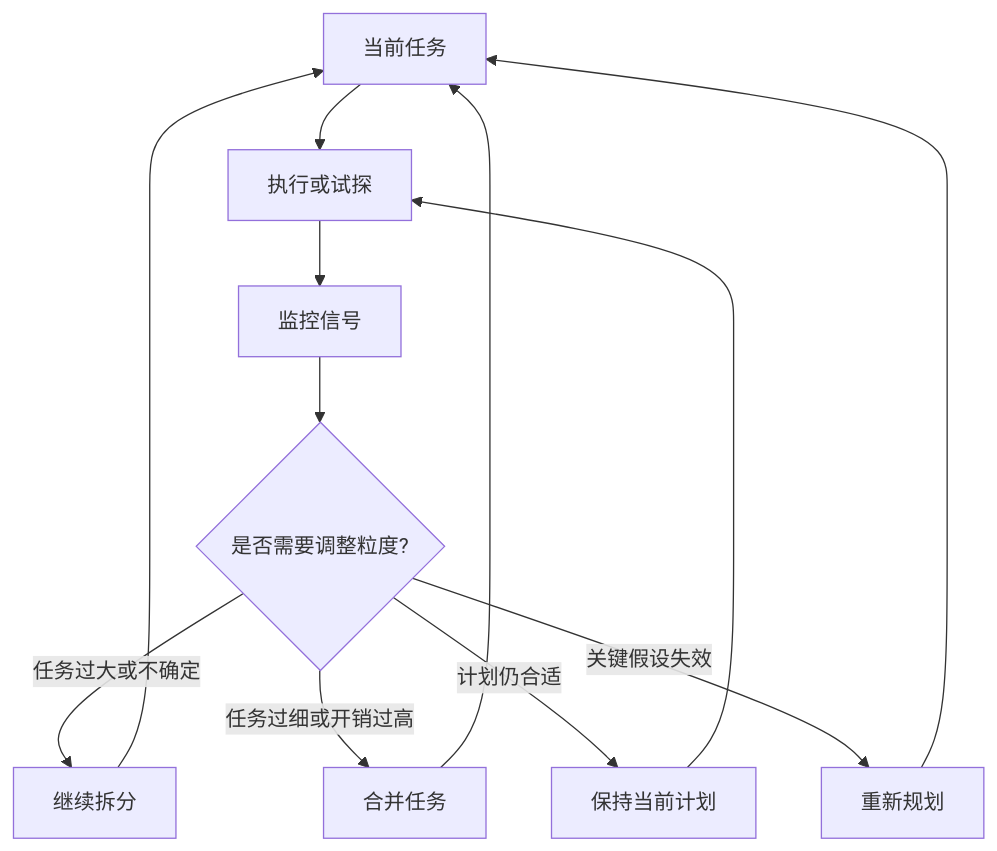
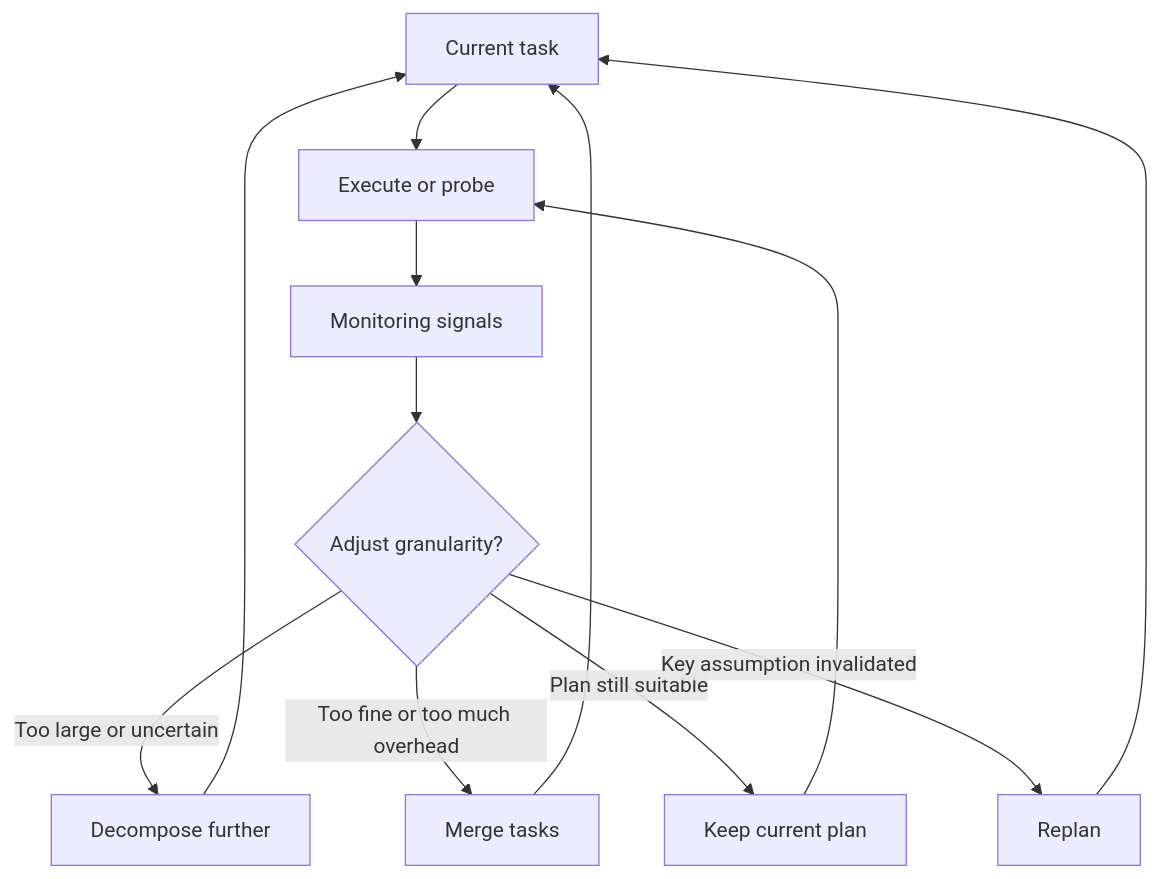
Before and after one commit to oneleaveknowsthefall/awesome-ai-roadmap: the seventh of 16 diagrams in docs/agent/02-reasoning-planning/06-task-decomposition.md, drawn with Mermaid. The commit also changed other lines of this file and 68 other files, not shown here.

````diff
--- a/docs/agent/02-reasoning-planning/06-task-decomposition.md
+++ b/docs/agent/02-reasoning-planning/06-task-decomposition.md
@@ -389,14 +391,14 @@
 ```mermaid
 flowchart TB
-    T[当前任务] --> E[执行或试探]
-    E --> M[监控信号]
-    M --> D{是否需要调整粒度?}
-    D -->|任务过大或不确定| SPLIT[继续拆分]
-    D -->|任务过细或开销过高| MERGE[合并任务]
-    D -->|计划仍合适| KEEP[保持当前计划]
-    D -->|关键假设失效| REPLAN[重新规划]
+    T[Current task] --> E[Execute or probe]
+    E --> M[Monitoring signals]
+    M --> D{Adjust granularity?}
+    D -->|Too large or uncertain| SPLIT[Decompose further]
+    D -->|Too fine or too much overhead| MERGE[Merge tasks]
+    D -->|Plan still suitable| KEEP[Keep current plan]
+    D -->|Key assumption invalidated| REPLAN[Replan]
     SPLIT --> T
     MERGE --> T
     KEEP --> E
     REPLAN --> T
 ```
````
